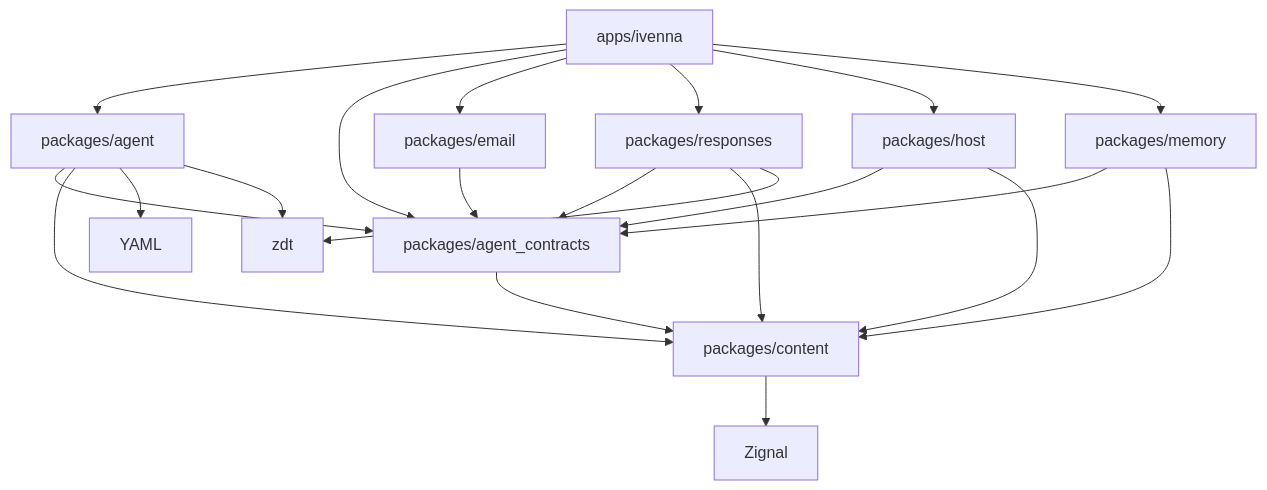
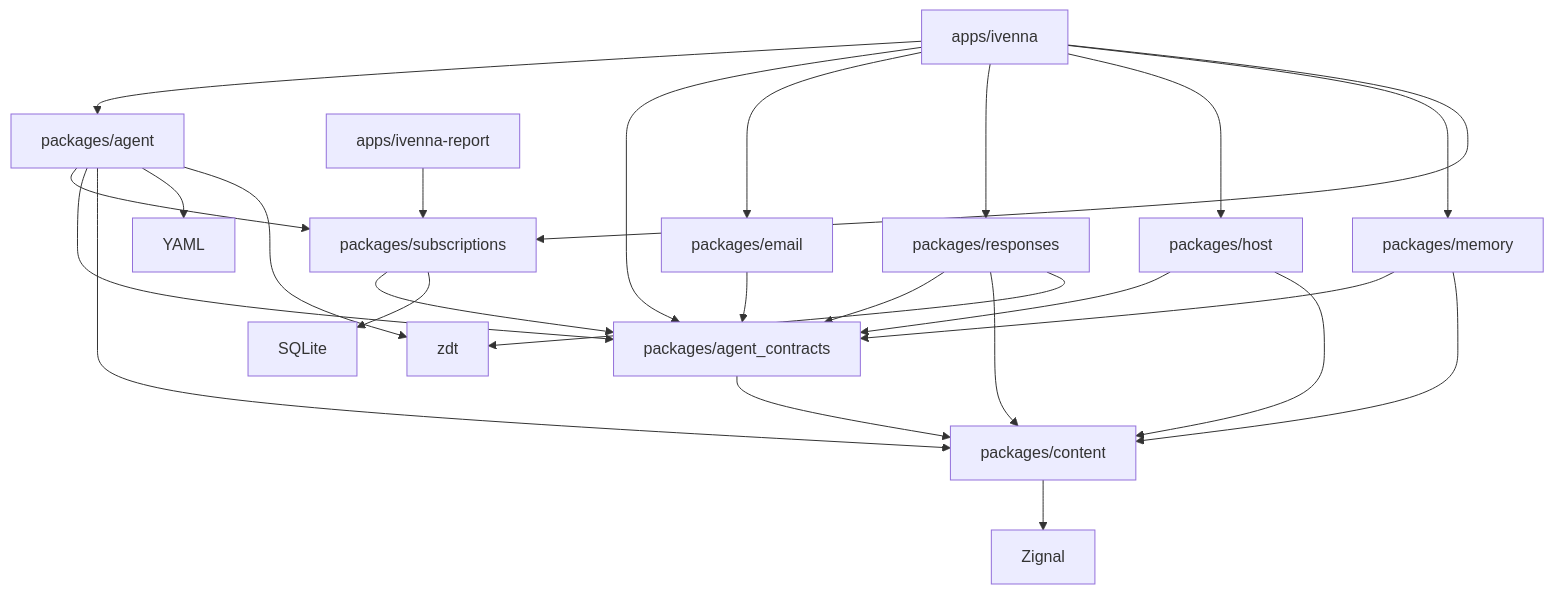
One commit to Ivenna/Ivenna changed the diagram in docs/architecture.md. Above: the diagram before and after it, drawn with Mermaid. The commit also changed other lines of this file and 39 other files, not shown here.

````diff
--- a/docs/architecture.md
+++ b/docs/architecture.md
@@ -25,23 +27,28 @@
 ```mermaid
 flowchart TD
     App[apps/ivenna] --> Agent[packages/agent]
     App --> Contracts[packages/agent_contracts]
     App --> Email[packages/email]
     App --> Responses[packages/responses]
     App --> Host[packages/host]
     App --> Memory[packages/memory]
+    App --> Subscriptions[packages/subscriptions]
+    Report[apps/ivenna-report] --> Subscriptions
+    Agent --> Subscriptions
+    Subscriptions --> Contracts
+    Subscriptions --> SQLite[SQLite]
     Agent --> Contracts
     Email --> Contracts
     Responses --> Contracts
     Host --> Contracts
     Memory --> Contracts
     Host --> Content[packages/content]
     Memory --> Content
     Responses --> Content
     Agent --> Content
     Contracts --> Content
     Content --> Zignal[Zignal]
     Agent --> YAML[YAML]
     Agent --> Zdt[zdt]
     Responses --> Zdt
 ```
````
